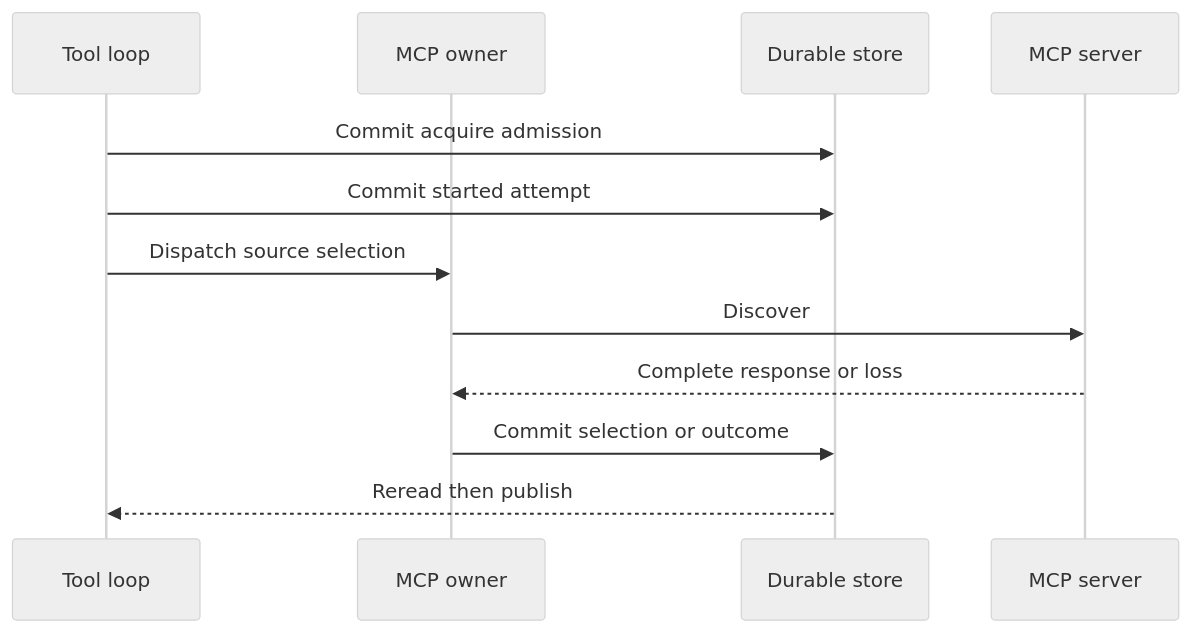
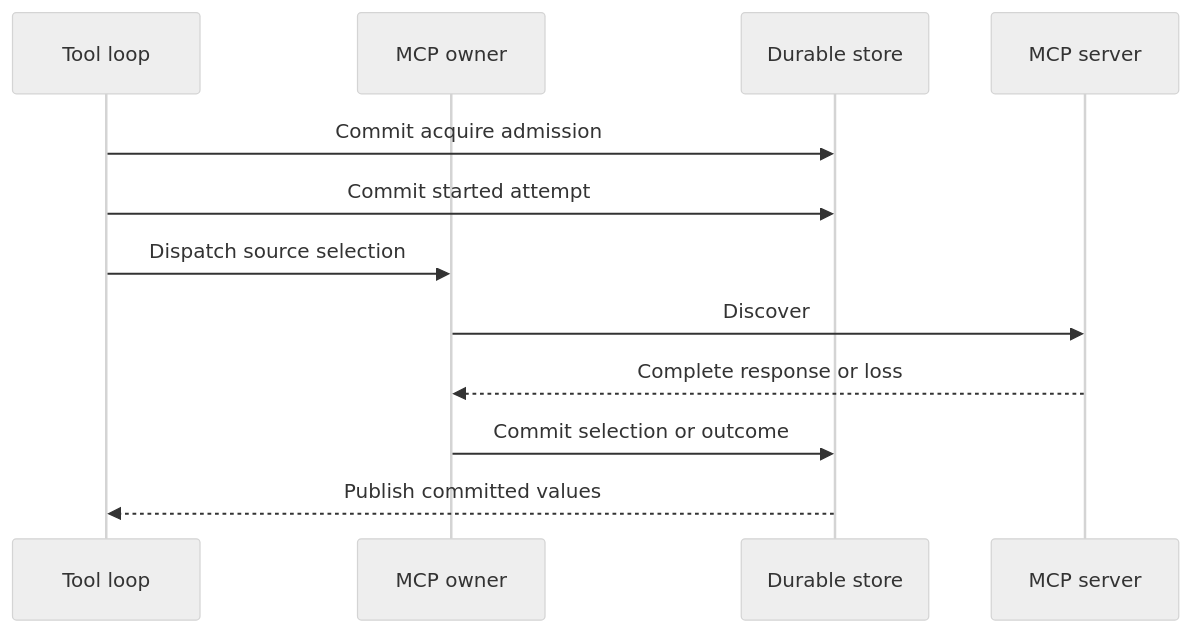
One commit to y0tsy/intention-relay changed the diagram in docs/intention-relay/architecture/18-mcp-capability-lifecycle.md. Above: the diagram before and after it, drawn with Mermaid (neutral theme). The commit also changed other lines of this file and 24 other files, not shown here.

````diff
--- a/docs/intention-relay/architecture/18-mcp-capability-lifecycle.md
+++ b/docs/intention-relay/architecture/18-mcp-capability-lifecycle.md
@@ -112,15 +112,15 @@
 ```mermaid
 sequenceDiagram
   participant L as Tool loop
   participant M as MCP owner
   participant S as Durable store
   participant X as MCP server
 
   L->>S: Commit acquire admission
   L->>S: Commit started attempt
   L->>M: Dispatch source selection
   M->>X: Discover
   X-->>M: Complete response or loss
   M->>S: Commit selection or outcome
-  S-->>L: Reread then publish
+  S-->>L: Publish committed values
 ```
````
